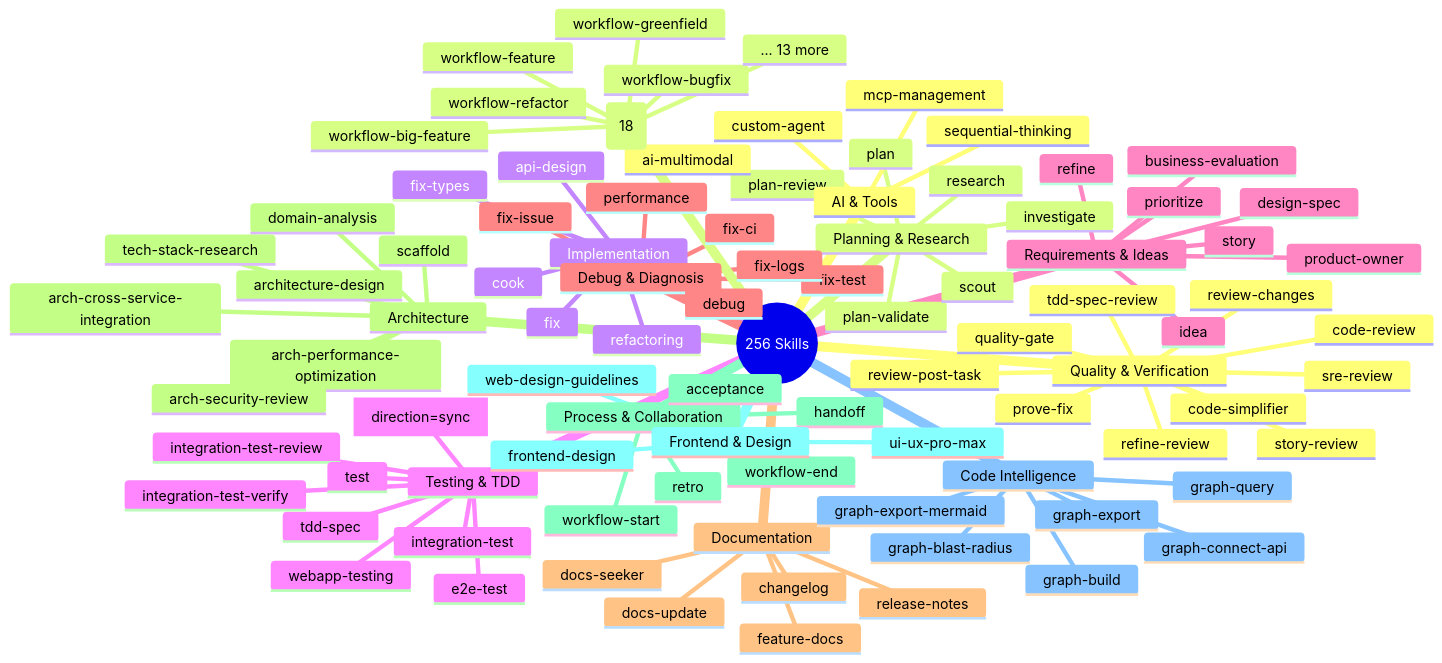
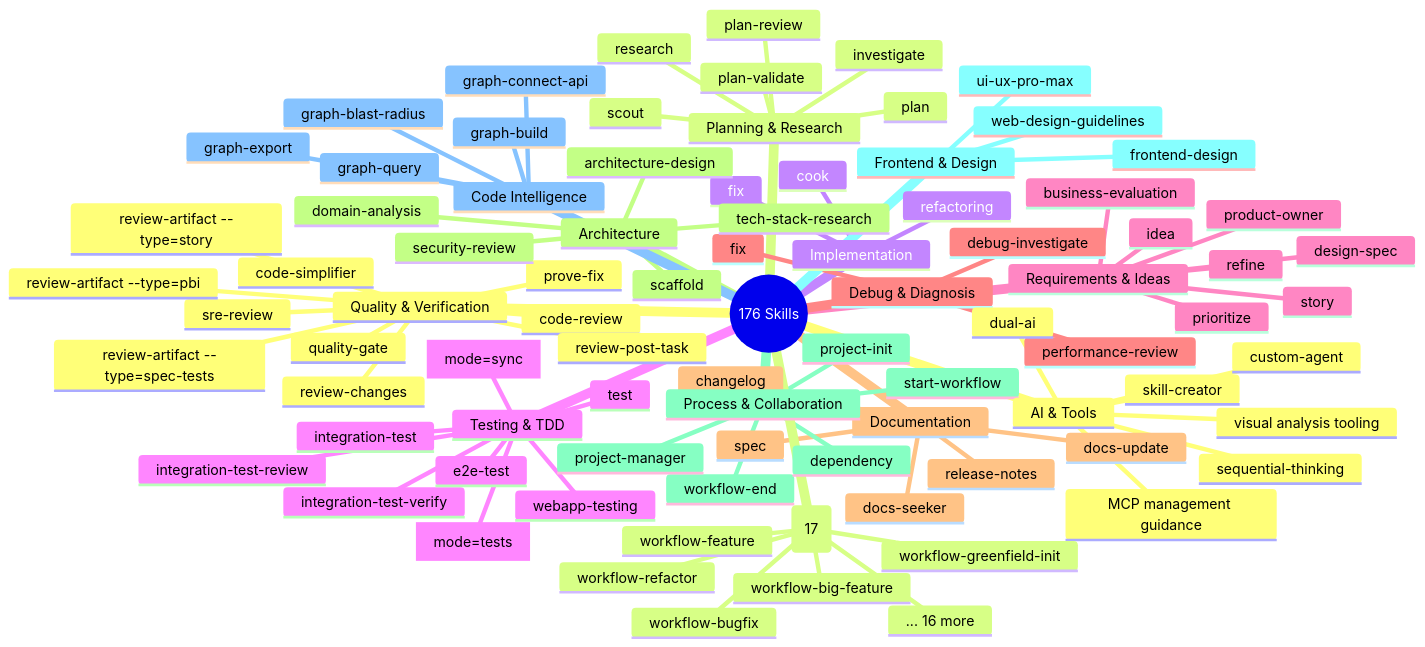
One commit to duc01226/EasyPlatform changed the fifth of 20 diagrams in .claude/docs/claude-ai-agent-framework-guide.md. Above: the diagram before and after it, drawn with Mermaid. The commit also changed other lines of this file and 1207 other files, not shown here.

````diff
--- a/.claude/docs/claude-ai-agent-framework-guide.md
+++ b/.claude/docs/claude-ai-agent-framework-guide.md
@@ -464,6 +484,6 @@
 ```mermaid
 mindmap
-  root((256 Skills))
+  root((176 Skills))
     Quality & Verification
       code-review
       prove-fix
@@ -472,9 +492,9 @@
       review-post-task
       code-simplifier
       sre-review
-      refine-review
-      story-review
-      tdd-spec-review
+      review-artifact --type=pbi
+      review-artifact --type=story
+      review-artifact --type=spec-tests
     Planning & Research
       plan
       plan-review
@@ -485,16 +505,14 @@
     Implementation
       cook
       fix
-      fix-types
       refactoring
-      api-design
     Testing & TDD
-      tdd-spec
+      spec [mode=tests]
       integration-test
       integration-test-review
       integration-test-verify
       e2e-test
-      tdd-spec [direction=sync]
+      spec [mode=sync]
       test
       webapp-testing
     Requirements & Ideas
@@ -506,32 +524,27 @@
       product-owner
       design-spec
     Debug & Diagnosis
-      debug
-      fix-issue
-      fix-ci
-      fix-test
-      fix-logs
-      performance
+      debug-investigate
+      fix
+      performance-review
     Documentation
-      feature-docs
+      spec
       docs-update
       changelog
       release-notes
       docs-seeker
     Architecture
-      arch-cross-service-integration
-      arch-performance-optimization
-      arch-security-review
+      security-review
       architecture-design
       domain-analysis
       scaffold
       tech-stack-research
     Process & Collaboration
-      workflow-start
+      start-workflow
       workflow-end
-      handoff
-      acceptance
-      retro
+      project-init
+      project-manager
+      dependency
     Frontend & Design
       frontend-design
       ui-ux-pro-max
@@ -541,18 +554,19 @@
       graph-blast-radius
       graph-query
       graph-export
-      graph-export-mermaid
       graph-connect-api
     AI & Tools
       sequential-thinking
-      ai-multimodal
+      visual analysis tooling
       custom-agent
-      mcp-management
-    Workflow Triggers (18)
+      MCP management guidance
+      skill-creator
+      dual-ai
+    Workflow Triggers (17)
       workflow-feature
       workflow-big-feature
       workflow-bugfix
-      workflow-greenfield
+      workflow-greenfield-init
       workflow-refactor
-      ... 13 more
+      ... 16 more
 ```
````
